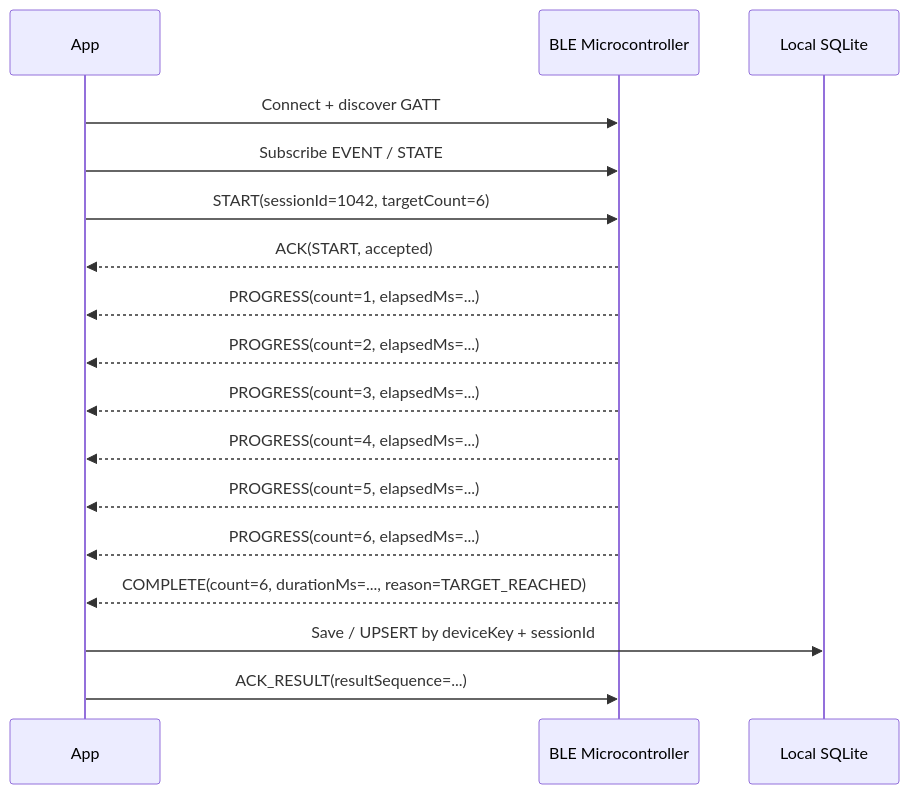
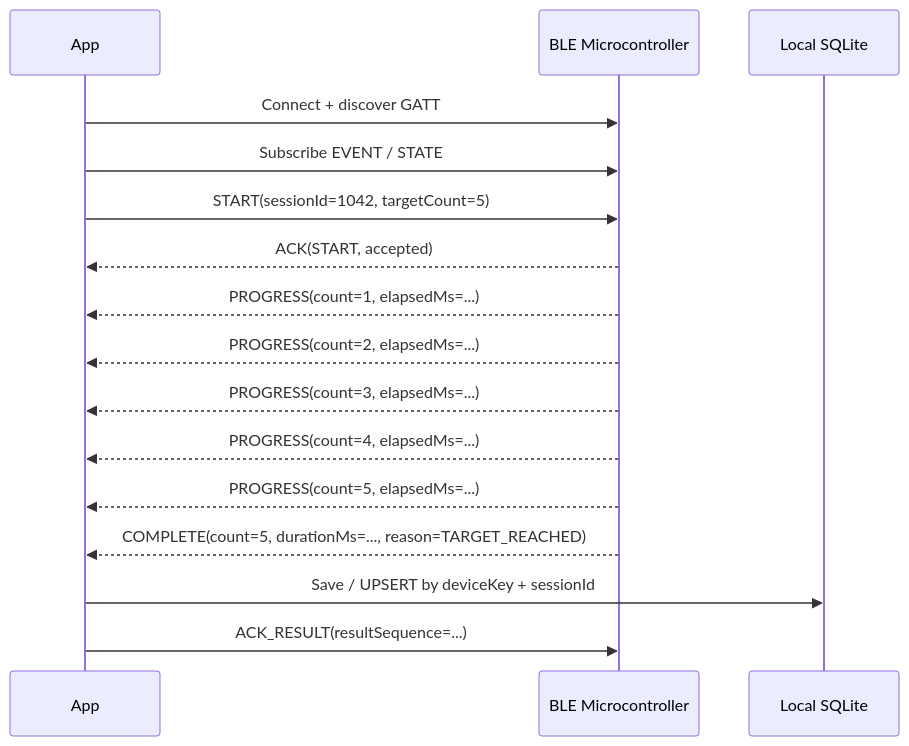
Before and after one commit to rizkyathoriq19/fikk-mobile: the fourth of 5 diagrams in PRD.md, drawn with Mermaid. The commit also changed other lines of this file and 11 other files, not shown here.

````diff
--- a/PRD.md
+++ b/PRD.md
@@ -377,22 +377,21 @@
 ```mermaid
 sequenceDiagram
     participant App
     participant MCU as BLE Microcontroller
     participant DB as Local SQLite
 
     App->>MCU: Connect + discover GATT
     App->>MCU: Subscribe EVENT / STATE
-    App->>MCU: START(sessionId=1042, targetCount=6)
+    App->>MCU: START(sessionId=1042, targetCount=5)
     MCU-->>App: ACK(START, accepted)
 
     MCU-->>App: PROGRESS(count=1, elapsedMs=...)
     MCU-->>App: PROGRESS(count=2, elapsedMs=...)
     MCU-->>App: PROGRESS(count=3, elapsedMs=...)
     MCU-->>App: PROGRESS(count=4, elapsedMs=...)
     MCU-->>App: PROGRESS(count=5, elapsedMs=...)
-    MCU-->>App: PROGRESS(count=6, elapsedMs=...)
-    MCU-->>App: COMPLETE(count=6, durationMs=..., reason=TARGET_REACHED)
+    MCU-->>App: COMPLETE(count=5, durationMs=..., reason=TARGET_REACHED)
 
     App->>DB: Save / UPSERT by deviceKey + sessionId
     App->>MCU: ACK_RESULT(resultSequence=...)
 ```
````
